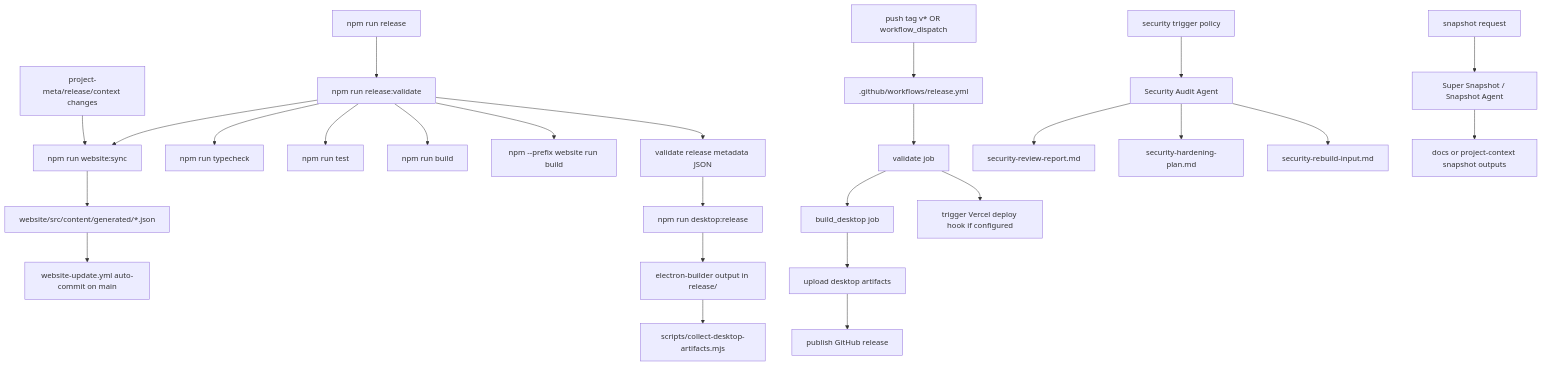
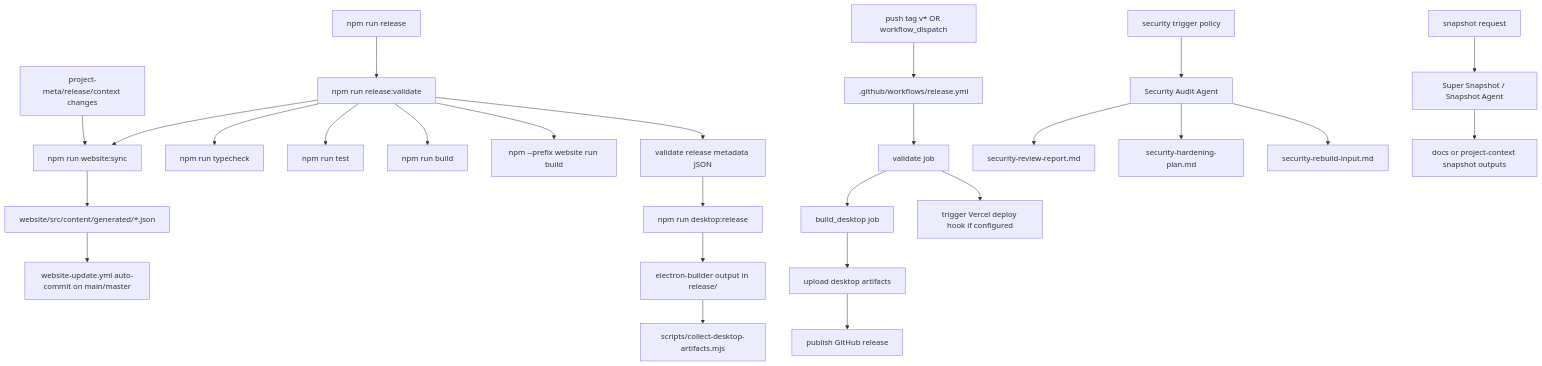
Before and after one commit to Alox040/TriggerHub2.0: the diagram in docs/WORKFLOW_GRAPH.md, drawn with Mermaid. The commit also changed other lines of this file and 8 other files, not shown here.

````diff
--- a/docs/WORKFLOW_GRAPH.md
+++ b/docs/WORKFLOW_GRAPH.md
@@ -19,32 +19,32 @@
 ```mermaid
 flowchart TD
   A[project-meta/release/context changes] --> B[npm run website:sync]
   B --> C[website/src/content/generated/*.json]
-  C --> D[website-update.yml auto-commit on main]
+  C --> D[website-update.yml auto-commit on main/master]
 
   E[npm run release] --> F[npm run release:validate]
   F --> B
   F --> G[npm run typecheck]
   F --> H[npm run test]
   F --> I[npm run build]
   F --> J[npm --prefix website run build]
   F --> K[validate release metadata JSON]
   K --> L[npm run desktop:release]
   L --> M[electron-builder output in release/]
   M --> N[scripts/collect-desktop-artifacts.mjs]
 
   O[push tag v* OR workflow_dispatch] --> P[.github/workflows/release.yml]
   P --> Q[validate job]
   Q --> R[build_desktop job]
   R --> S[upload desktop artifacts]
   S --> T[publish GitHub release]
   Q --> U[trigger Vercel deploy hook if configured]
 
   V[security trigger policy] --> W[Security Audit Agent]
   W --> X[security-review-report.md]
   W --> Y[security-hardening-plan.md]
   W --> Z[security-rebuild-input.md]
 
   AA[snapshot request] --> AB[Super Snapshot / Snapshot Agent]
   AB --> AC[docs or project-context snapshot outputs]
 ```
````
